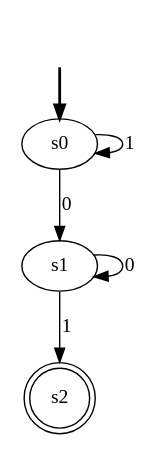
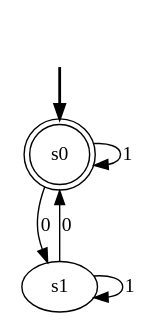
Before and after one commit to joao1pedro/PyFLAP: the diagram in pySimpleAutomata/teste_dfa.dot, drawn with Graphviz. The commit also changed 5 other files, not shown here.

```diff
--- a/pySimpleAutomata/teste_dfa.dot
+++ b/pySimpleAutomata/teste_dfa.dot
@@ -1,11 +1,10 @@
 digraph {
 	fake [style=invisible]
-	s2 [shape=doublecircle]
-	s0 [root=true]
+	s0 [root=true shape=doublecircle]
 	s1
 	fake -> s0 [style=bold]
-	s1 -> s1 [label=0]
+	s0 -> s0 [label=1]
+	s1 -> s1 [label=1]
 	s0 -> s1 [label=0]
-	s0 -> s0 [label=1]
-	s1 -> s2 [label=1]
+	s1 -> s0 [label=0]
 }
```
